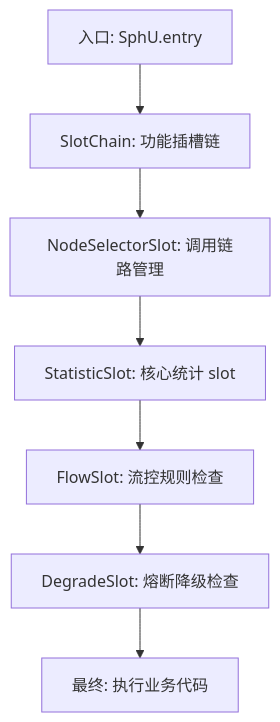
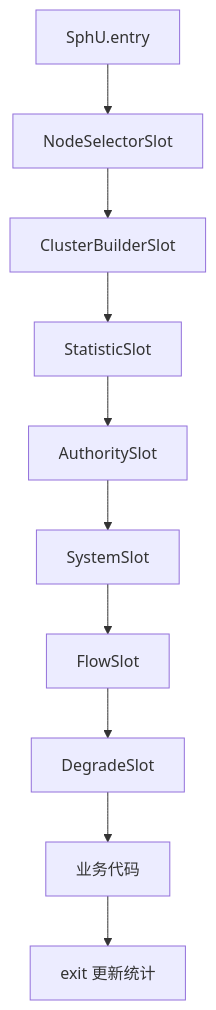
One commit to Aiden-Coding/AiDocs changed the diagram in docs/java/spring/27-sentinel-governance.md. Above: the diagram before and after it, drawn with Mermaid. The commit also changed other lines of this file and 21 other files, not shown here.

````diff
--- a/docs/java/spring/27-sentinel-governance.md
+++ b/docs/java/spring/27-sentinel-governance.md
@@ -82,9 +90,12 @@
 ```mermaid
-graph TD
-    Node1[入口: SphU.entry] --> Node2[SlotChain: 功能插槽链]
-    Node2 --> Node3[NodeSelectorSlot: 调用链路管理]
-    Node3 --> Node4[StatisticSlot: 核心统计 slot]
-    Node4 --> Node5[FlowSlot: 流控规则检查]
-    Node5 --> Node6[DegradeSlot: 熔断降级检查]
-    Node6 --> Node7[最终: 执行业务代码]
+flowchart TD
+    A[SphU.entry] --> B[NodeSelectorSlot]
+    B --> C[ClusterBuilderSlot]
+    C --> D[StatisticSlot]
+    D --> E[AuthoritySlot]
+    E --> F[SystemSlot]
+    F --> G[FlowSlot]
+    G --> H[DegradeSlot]
+    H --> I[业务代码]
+    I --> J[exit 更新统计]
 ```
````
